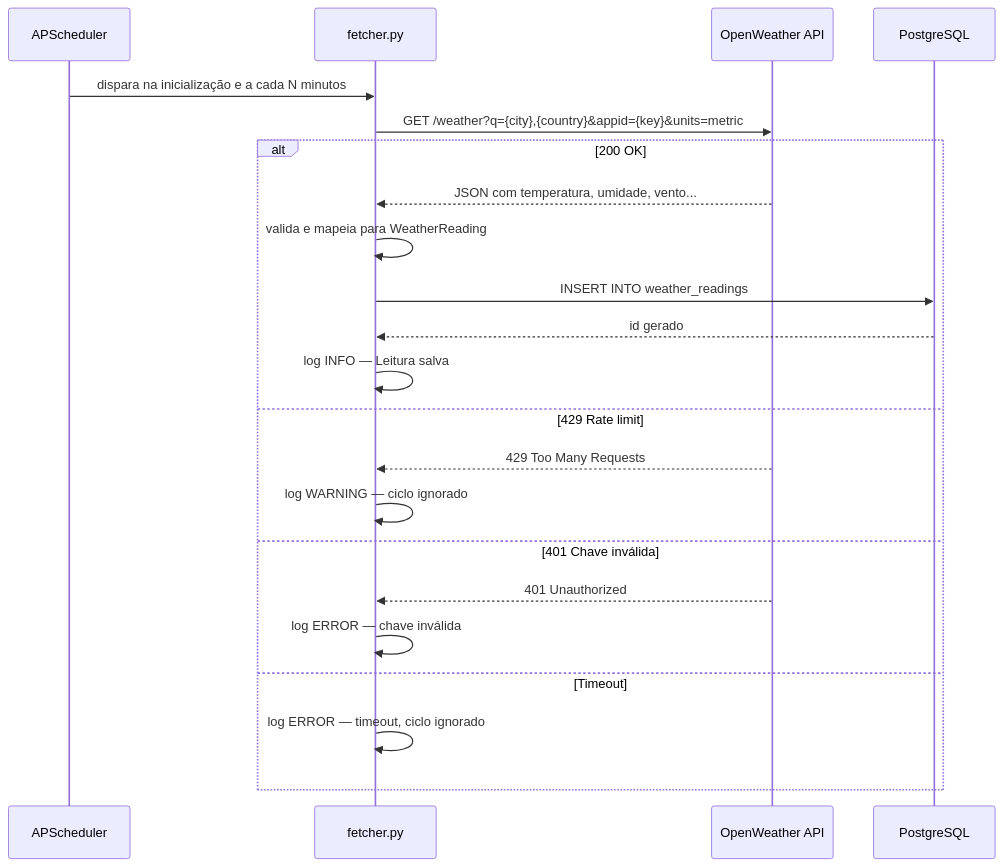
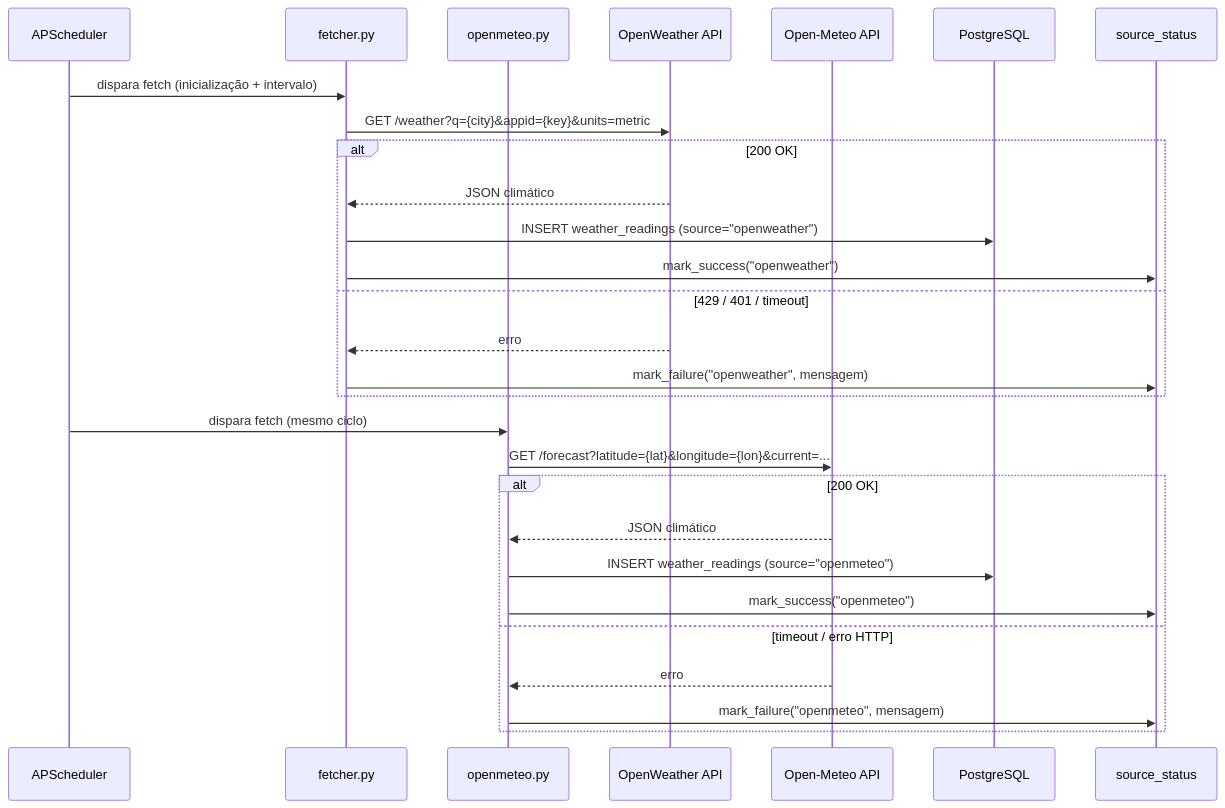
The second of 4 diagrams in README.md (jonmferreira/gntech-weather-api), drawn with Mermaid before and after one commit. The commit also changed other lines of this file and 1 other file, not shown here.

First line of the commit message:
refactor: /readings/latest retorna WeatherReadingOut simples

````diff
--- a/README.md
+++ b/README.md
@@ -98,25 +105,32 @@
 ```mermaid
 sequenceDiagram
     participant Scheduler as APScheduler
-    participant Fetcher as fetcher.py
+    participant OWF as fetcher.py
+    participant OMF as openmeteo.py
     participant OW as OpenWeather API
+    participant OM as Open-Meteo API
     participant DB as PostgreSQL
+    participant SS as source_status
 
-    Scheduler->>Fetcher: dispara na inicialização e a cada N minutos
-    Fetcher->>OW: GET /weather?q={city},{country}&appid={key}&units=metric
+    Scheduler->>OWF: dispara fetch (inicialização + intervalo)
+    OWF->>OW: GET /weather?q={city}&appid={key}&units=metric
     alt 200 OK
-        OW-->>Fetcher: JSON com temperatura, umidade, vento...
-        Fetcher->>Fetcher: valida e mapeia para WeatherReading
-        Fetcher->>DB: INSERT INTO weather_readings
-        DB-->>Fetcher: id gerado
-        Fetcher->>Fetcher: log INFO — Leitura salva
-    else 429 Rate limit
-        OW-->>Fetcher: 429 Too Many Requests
-        Fetcher->>Fetcher: log WARNING — ciclo ignorado
-    else 401 Chave inválida
-        OW-->>Fetcher: 401 Unauthorized
-        Fetcher->>Fetcher: log ERROR — chave inválida
-    else Timeout
-        Fetcher->>Fetcher: log ERROR — timeout, ciclo ignorado
+        OW-->>OWF: JSON climático
+        OWF->>DB: INSERT weather_readings (source="openweather")
+        OWF->>SS: mark_success("openweather")
+    else 429 / 401 / timeout
+        OW-->>OWF: erro
+        OWF->>SS: mark_failure("openweather", mensagem)
+    end
+
+    Scheduler->>OMF: dispara fetch (mesmo ciclo)
+    OMF->>OM: GET /forecast?latitude={lat}&longitude={lon}&current=...
+    alt 200 OK
+        OM-->>OMF: JSON climático
+        OMF->>DB: INSERT weather_readings (source="openmeteo")
+        OMF->>SS: mark_success("openmeteo")
+    else timeout / erro HTTP
+        OM-->>OMF: erro
+        OMF->>SS: mark_failure("openmeteo", mensagem)
     end
 ```
````
